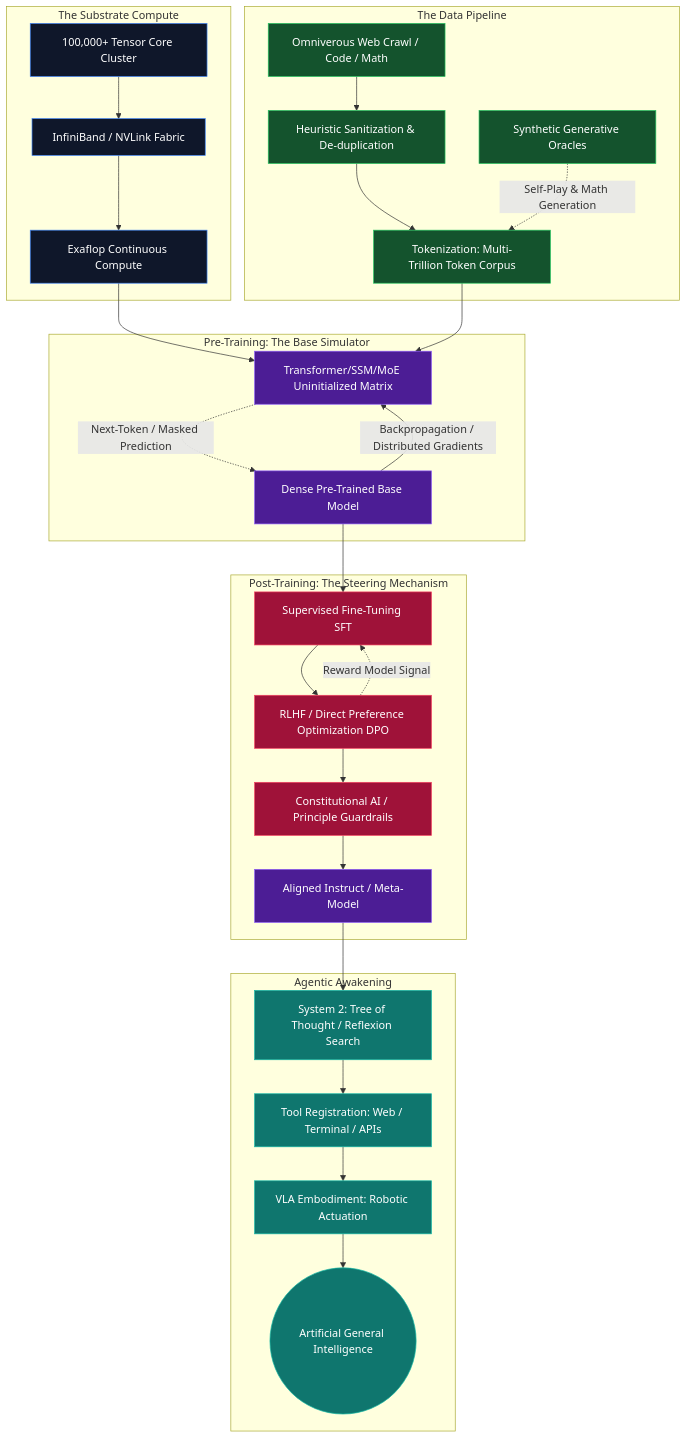
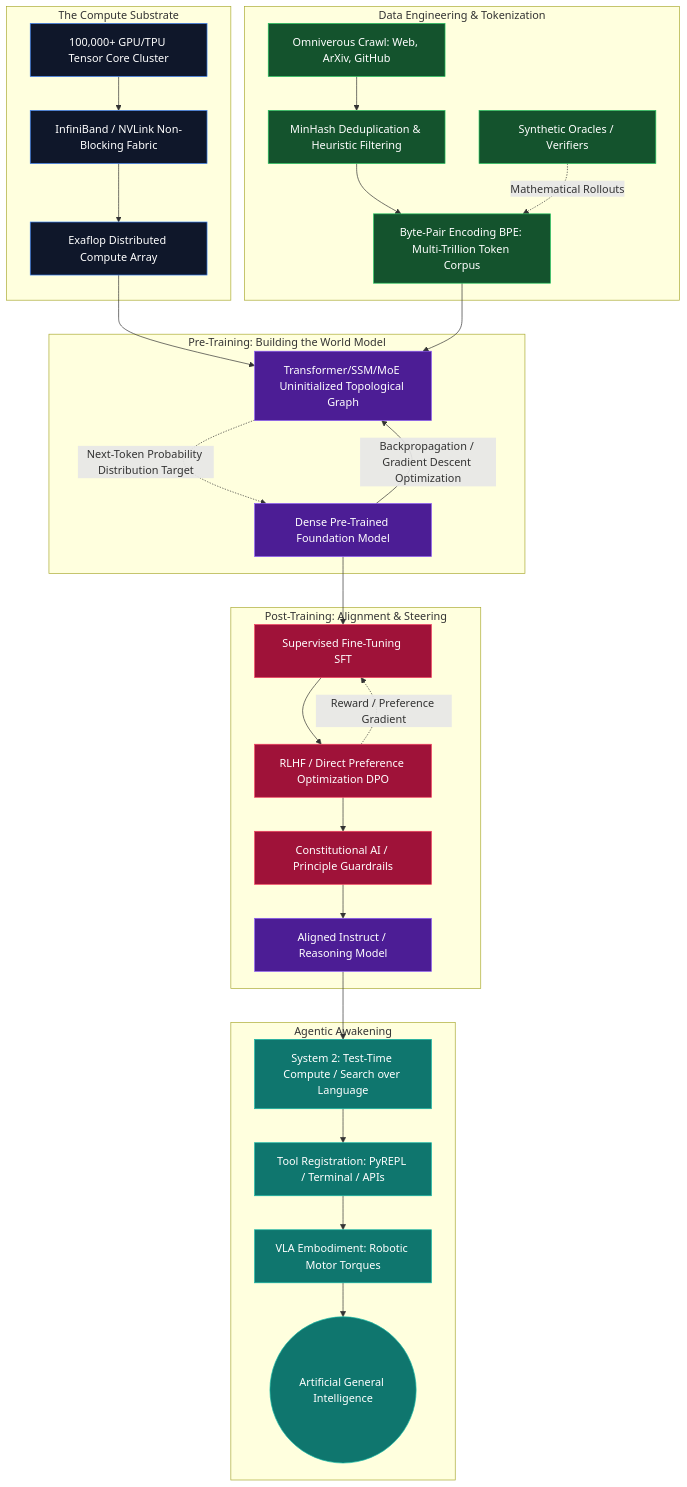
One commit to ft976/AGI-Research-Library changed the diagram in README.md. Above: the diagram before and after it, drawn with Mermaid. The commit also changed other lines of this file and 1 other file, not shown here.

````diff
--- a/README.md
+++ b/README.md
@@ -31,42 +40,42 @@
 ```mermaid
 graph TD
     classDef hardware fill:#0f172a,stroke:#3b82f6,color:#fff
     classDef data fill:#14532d,stroke:#22c55e,color:#fff
     classDef model fill:#4c1d95,stroke:#8b5cf6,color:#fff
     classDef align fill:#9f1239,stroke:#f43f5e,color:#fff
     classDef agent fill:#0f766e,stroke:#14b8a6,color:#fff
 
-    subgraph The Substrate Compute
-        HW1[100,000+ Tensor Core Cluster]:::hardware --> HW2[InfiniBand / NVLink Fabric]:::hardware
-        HW2 --> HW3[Exaflop Continuous Compute]:::hardware
+    subgraph The Compute Substrate
+        HW1[100,000+ GPU/TPU Tensor Core Cluster]:::hardware --> HW2[InfiniBand / NVLink Non-Blocking Fabric]:::hardware
+        HW2 --> HW3[Exaflop Distributed Compute Array]:::hardware
     end
 
-    subgraph The Data Pipeline
-        D1[Omniverous Web Crawl / Code / Math]:::data --> D2[Heuristic Sanitization & De-duplication]:::data
-        D2 --> D3[Tokenization: Multi-Trillion Token Corpus]:::data
-        D4[Synthetic Generative Oracles]:::data -.->|Self-Play & Math Generation| D3
+    subgraph Data Engineering & Tokenization
+        D1[Omniverous Crawl: Web, ArXiv, GitHub]:::data --> D2[MinHash Deduplication & Heuristic Filtering]:::data
+        D2 --> D3[Byte-Pair Encoding BPE: Multi-Trillion Token Corpus]:::data
+        D4[Synthetic Oracles / Verifiers]:::data -.->|Mathematical Rollouts| D3
     end
 
-    subgraph Pre-Training: The Base Simulator
-        M1[Transformer/SSM/MoE Uninitialized Matrix]:::model
+    subgraph Pre-Training: Building the World Model
+        M1[Transformer/SSM/MoE Uninitialized Topological Graph]:::model
         HW3 --> M1
         D3 --> M1
-        M1 -.->|Next-Token / Masked Prediction| M2[Dense Pre-Trained Base Model]:::model
-        M2 -->|Backpropagation / Distributed Gradients| M1
+        M1 -.->|Next-Token Probability Distribution Target| M2[Dense Pre-Trained Foundation Model]:::model
+        M2 -->|Backpropagation / Gradient Descent Optimization| M1
     end
 
-    subgraph Post-Training: The Steering Mechanism
+    subgraph Post-Training: Alignment & Steering
         M2 --> A1[Supervised Fine-Tuning SFT]:::align
         A1 --> A2[RLHF / Direct Preference Optimization DPO]:::align
-        A2 -.->|Reward Model Signal| A1
+        A2 -.->|Reward / Preference Gradient| A1
         A2 --> A3[Constitutional AI / Principle Guardrails]:::align
-        A3 --> M3[Aligned Instruct / Meta-Model]:::model
+        A3 --> M3[Aligned Instruct / Reasoning Model]:::model
     end
 
     subgraph Agentic Awakening
-        M3 --> AG1[System 2: Tree of Thought / Reflexion Search]:::agent
-        AG1 --> AG2[Tool Registration: Web / Terminal / APIs]:::agent
-        AG2 --> AG3[VLA Embodiment: Robotic Actuation]:::agent
+        M3 --> AG1[System 2: Test-Time Compute / Search over Language]:::agent
+        AG1 --> AG2[Tool Registration: PyREPL / Terminal / APIs]:::agent
+        AG2 --> AG3[VLA Embodiment: Robotic Motor Torques]:::agent
         AG3 --> AGI((Artificial General Intelligence)):::agent
     end
 ```
````
